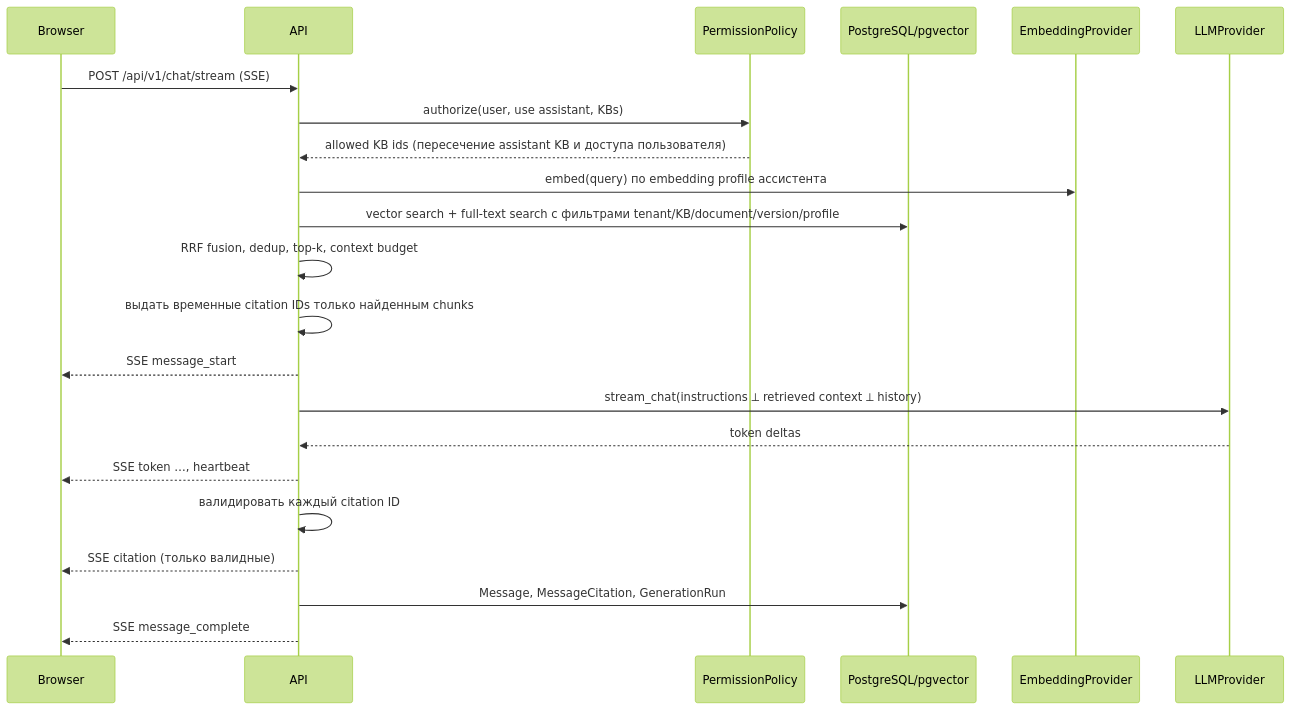
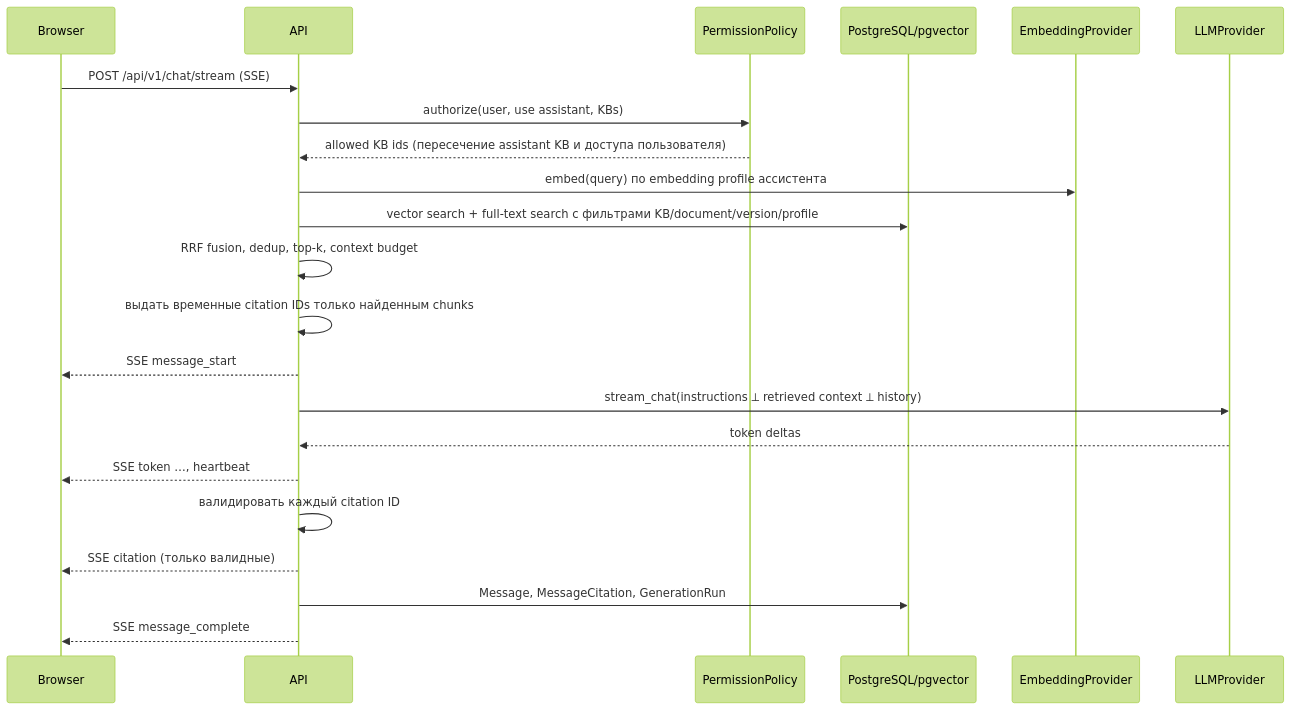
One commit to Dodoseek/PlummyKnowledge changed the third of 4 diagrams in docs/ARCHITECTURE.md. Above: the diagram before and after it, drawn with Mermaid (forest theme). The commit also changed other lines of this file and 108 other files, not shown here.

````diff
--- a/docs/ARCHITECTURE.md
+++ b/docs/ARCHITECTURE.md
@@ -427,24 +432,24 @@
 ```mermaid
 sequenceDiagram
     participant U as Browser
     participant A as API
     participant P as PermissionPolicy
     participant DB as PostgreSQL/pgvector
     participant E as EmbeddingProvider
     participant L as LLMProvider
     U->>A: POST /api/v1/chat/stream (SSE)
     A->>P: authorize(user, use assistant, KBs)
     P-->>A: allowed KB ids (пересечение assistant KB и доступа пользователя)
     A->>E: embed(query) по embedding profile ассистента
-    A->>DB: vector search + full-text search с фильтрами tenant/KB/document/version/profile
+    A->>DB: vector search + full-text search с фильтрами KB/document/version/profile
     A->>A: RRF fusion, dedup, top-k, context budget
     A->>A: выдать временные citation IDs только найденным chunks
     A-->>U: SSE message_start
     A->>L: stream_chat(instructions ⟂ retrieved context ⟂ history)
     L-->>A: token deltas
     A-->>U: SSE token …, heartbeat
     A->>A: валидировать каждый citation ID
     A-->>U: SSE citation (только валидные)
     A->>DB: Message, MessageCitation, GenerationRun
     A-->>U: SSE message_complete
 ```
````
